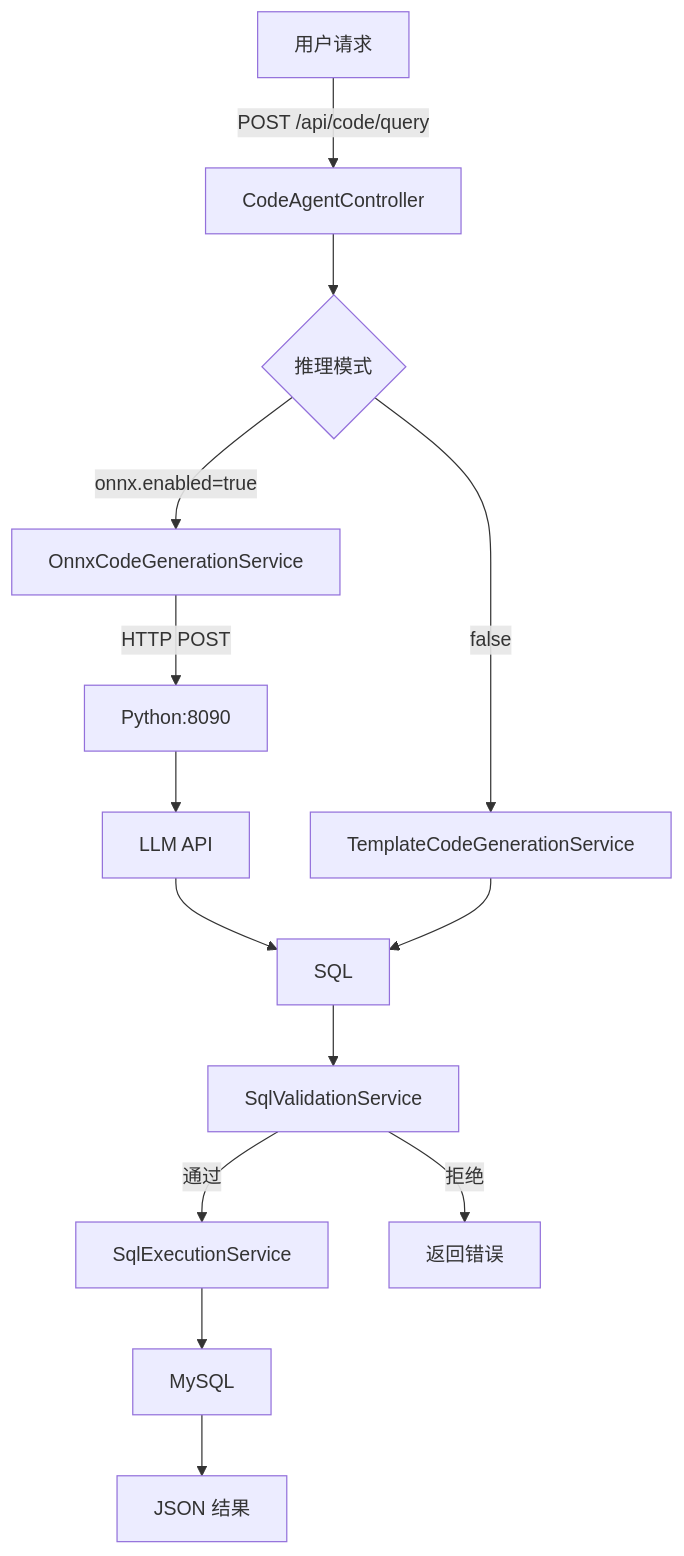
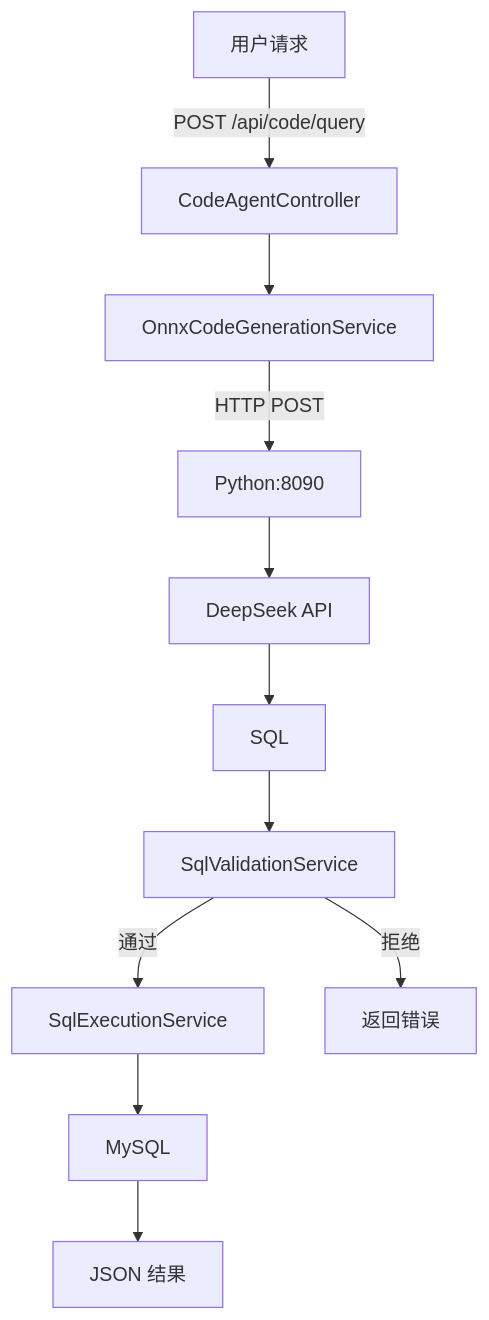
Before and after one commit to linchuanbin-tmp/Project: the diagram in code-agent/README.md, drawn with Mermaid. The commit also changed other lines of this file and 2 other files, not shown here.

````diff
--- a/code-agent/README.md
+++ b/code-agent/README.md
@@ -257,16 +255,13 @@
 ```mermaid
 graph TD
     A[用户请求] -->|POST /api/code/query| B[CodeAgentController]
-    B --> C{推理模式}
-    C -->|onnx.enabled=true| D[OnnxCodeGenerationService]
-    C -->|false| E[TemplateCodeGenerationService]
+    B --> D[OnnxCodeGenerationService]
     D -->|HTTP POST| F[Python:8090]
-    F --> G[LLM API]
+    F --> G[DeepSeek API]
     G --> H[SQL]
-    E --> H
     H --> I[SqlValidationService]
     I -->|通过| J[SqlExecutionService]
     I -->|拒绝| K[返回错误]
     J --> L[MySQL]
     L --> M[JSON 结果]
 ```
````
